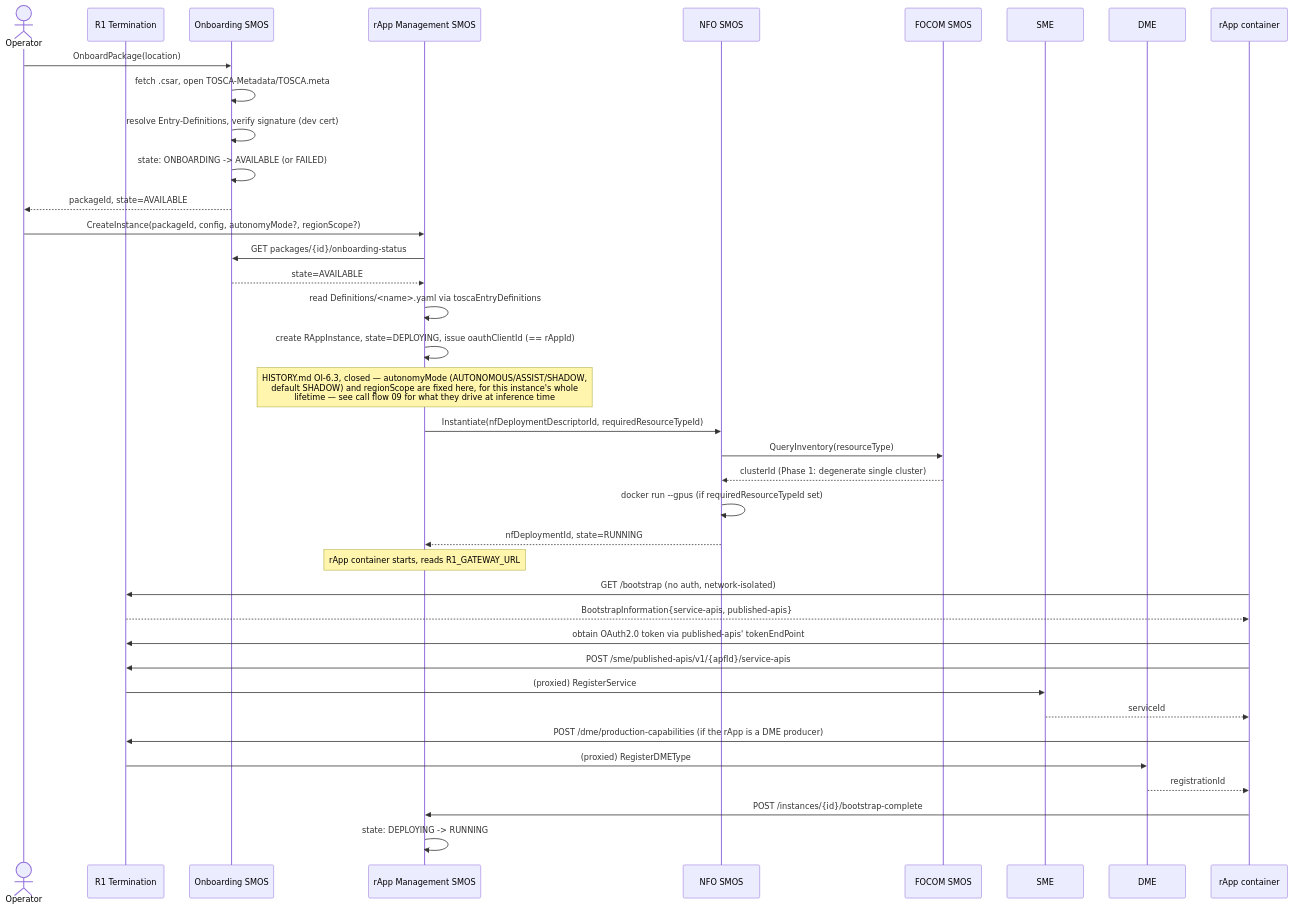
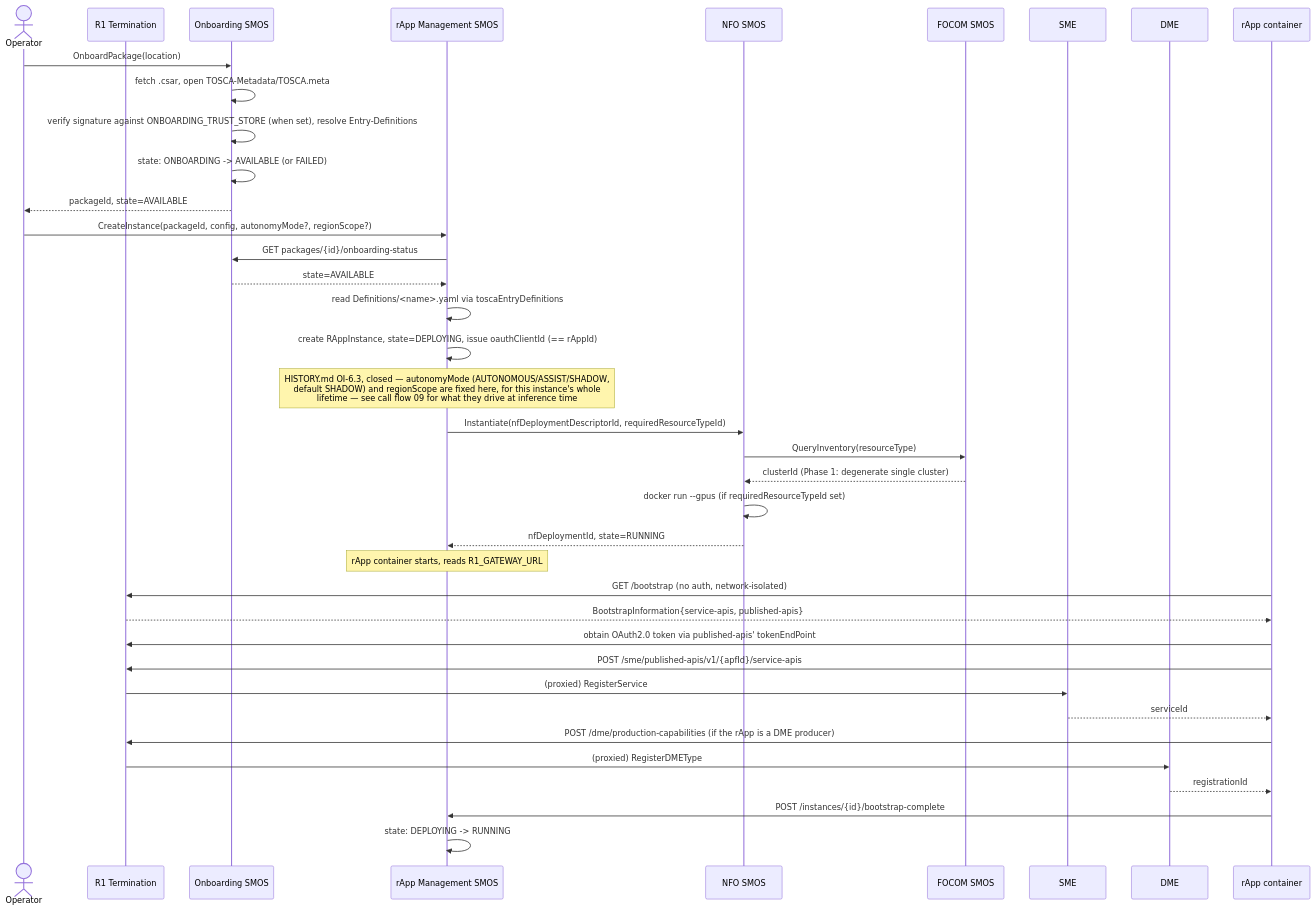
One commit to rsys-bshankar/ai-ran-ref changed the diagram in smo/docs/call-flows/01-rapp-onboarding-to-deployment.md. Above: the diagram before and after it, drawn with Mermaid. The commit also changed 63 other files, not shown here.

````diff
--- a/smo/docs/call-flows/01-rapp-onboarding-to-deployment.md
+++ b/smo/docs/call-flows/01-rapp-onboarding-to-deployment.md
@@ -10,47 +10,47 @@
 ```mermaid
 sequenceDiagram
     actor Operator
     participant R1 as R1 Termination
     participant Onb as Onboarding SMOS
     participant Rapp as rApp Management SMOS
     participant NFO as NFO SMOS
     participant Focom as FOCOM SMOS
     participant SME as SME
     participant DME as DME
 
     Operator->>Onb: OnboardPackage(location)
     Onb->>Onb: fetch .csar, open TOSCA-Metadata/TOSCA.meta
-    Onb->>Onb: resolve Entry-Definitions, verify signature (dev cert)
+    Onb->>Onb: verify signature against ONBOARDING_TRUST_STORE (when set), resolve Entry-Definitions
     Onb->>Onb: state: ONBOARDING -> AVAILABLE (or FAILED)
     Onb-->>Operator: packageId, state=AVAILABLE
 
     Operator->>Rapp: CreateInstance(packageId, config, autonomyMode?, regionScope?)
     Rapp->>Onb: GET packages/{id}/onboarding-status
     Onb-->>Rapp: state=AVAILABLE
     Rapp->>Rapp: read Definitions/<name>.yaml via toscaEntryDefinitions
     Rapp->>Rapp: create RAppInstance, state=DEPLOYING, issue oauthClientId (== rAppId)
     Note over Rapp: HISTORY.md OI-6.3, closed — autonomyMode (AUTONOMOUS/ASSIST/SHADOW,<br/>default SHADOW) and regionScope are fixed here, for this instance's whole<br/>lifetime — see call flow 09 for what they drive at inference time
 
     Rapp->>NFO: Instantiate(nfDeploymentDescriptorId, requiredResourceTypeId)
     NFO->>Focom: QueryInventory(resourceType)
     Focom-->>NFO: clusterId (Phase 1: degenerate single cluster)
     NFO->>NFO: docker run --gpus (if requiredResourceTypeId set)
     NFO-->>Rapp: nfDeploymentId, state=RUNNING
 
     Note over Rapp: rApp container starts, reads R1_GATEWAY_URL
 
     participant Container as rApp container
     Container->>R1: GET /bootstrap (no auth, network-isolated)
     R1-->>Container: BootstrapInformation{service-apis, published-apis}
     Container->>R1: obtain OAuth2.0 token via published-apis' tokenEndPoint
     Container->>R1: POST /sme/published-apis/v1/{apfId}/service-apis
     R1->>SME: (proxied) RegisterService
     SME-->>Container: serviceId
 
     Container->>R1: POST /dme/production-capabilities (if the rApp is a DME producer)
     R1->>DME: (proxied) RegisterDMEType
     DME-->>Container: registrationId
 
     Container->>Rapp: POST /instances/{id}/bootstrap-complete
     Rapp->>Rapp: state: DEPLOYING -> RUNNING
 ```
````
